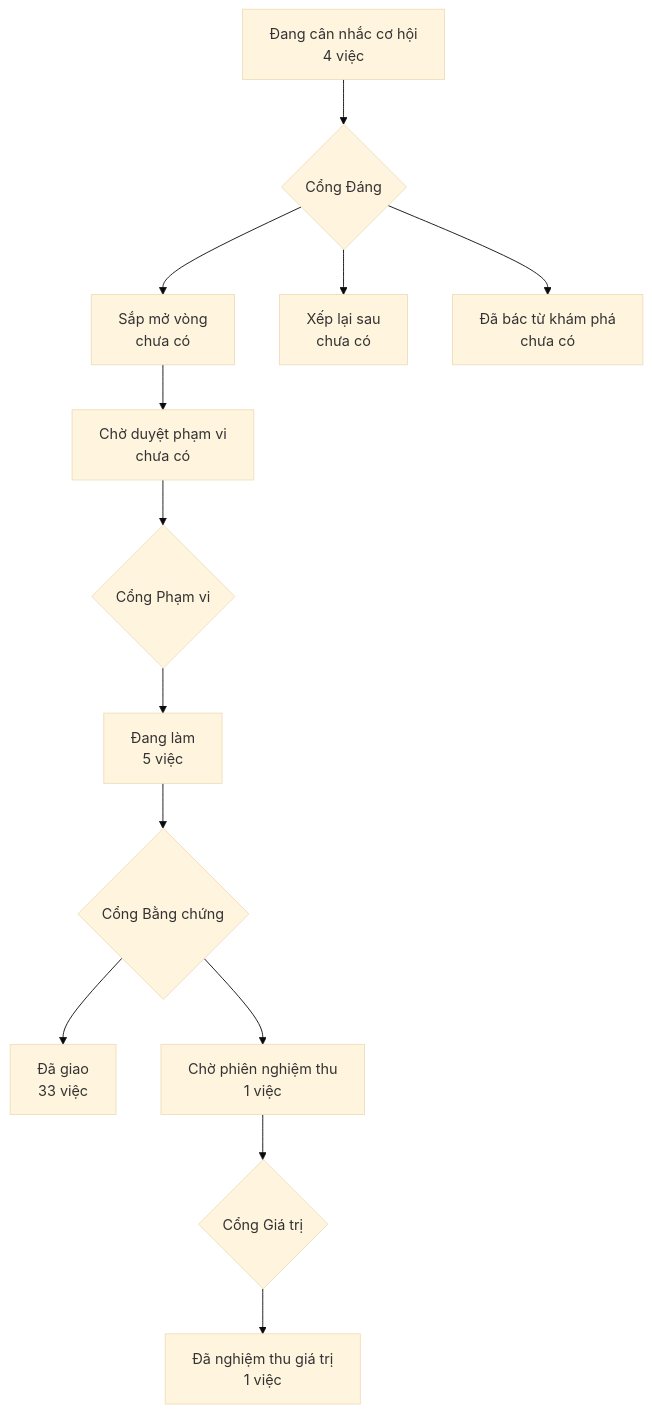
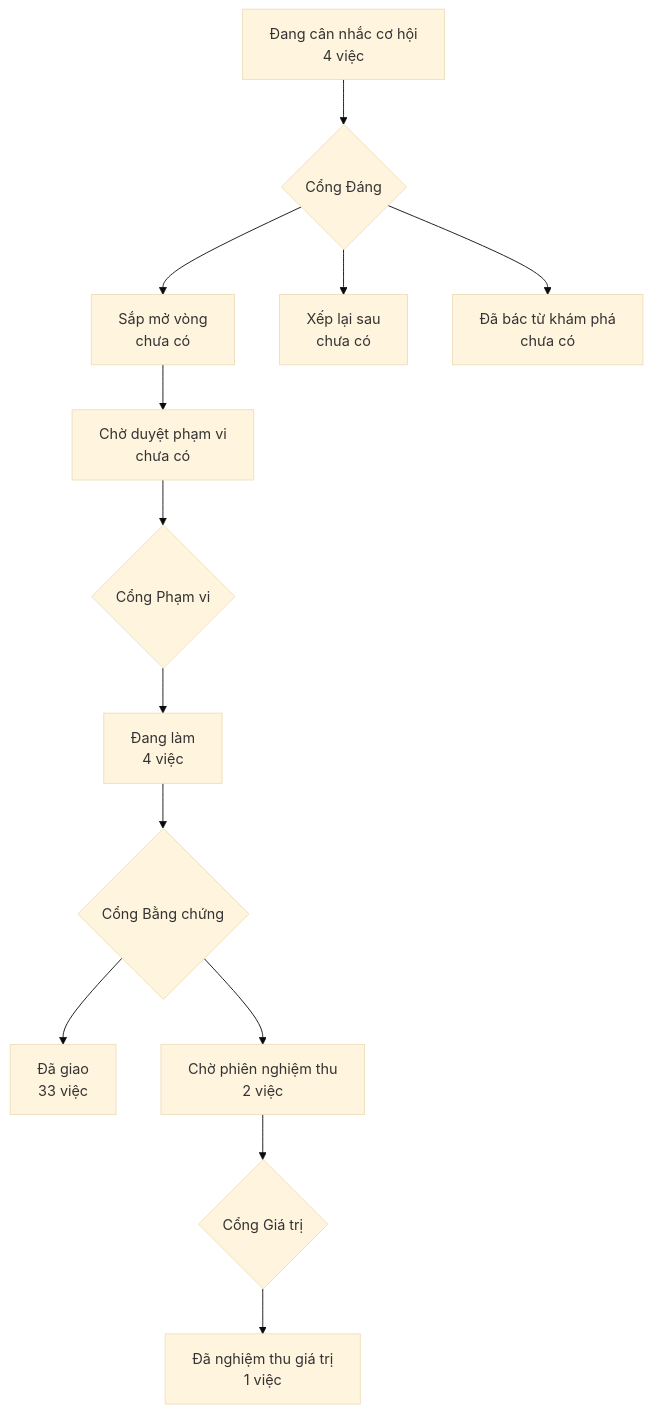
One commit to phanlemanh/crm-onehub changed the diagram in PRODUCT-MAP.md. Above: the diagram before and after it, drawn with Mermaid (base theme). The commit also changed 3 other files, not shown here.

````diff
--- a/PRODUCT-MAP.md
+++ b/PRODUCT-MAP.md
@@ -6,12 +6,12 @@
 ```mermaid
 flowchart TD
   A["Đang cân nhắc cơ hội<br/>4 việc"] --> GD{"Cổng Đáng"}
   GD --> B["Sắp mở vòng<br/>chưa có"]
   GD --> XL["Xếp lại sau<br/>chưa có"]
   GD --> DB["Đã bác từ khám phá<br/>chưa có"]
   B --> CD["Chờ duyệt phạm vi<br/>chưa có"] --> GP{"Cổng Phạm vi"}
-  GP --> DL["Đang làm<br/>5 việc"] --> GB{"Cổng Bằng chứng"}
+  GP --> DL["Đang làm<br/>4 việc"] --> GB{"Cổng Bằng chứng"}
   GB --> DG["Đã giao<br/>33 việc"]
-  GB --> CN["Chờ phiên nghiệm thu<br/>1 việc"] --> GG{"Cổng Giá trị"}
+  GB --> CN["Chờ phiên nghiệm thu<br/>2 việc"] --> GG{"Cổng Giá trị"}
   GG --> NT["Đã nghiệm thu giá trị<br/>1 việc"]
 ```
````
